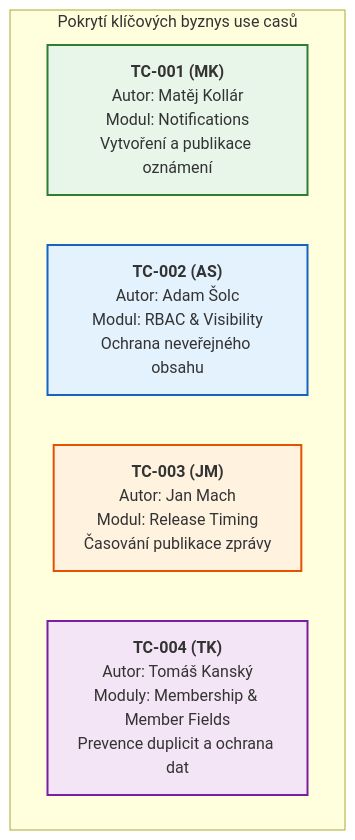
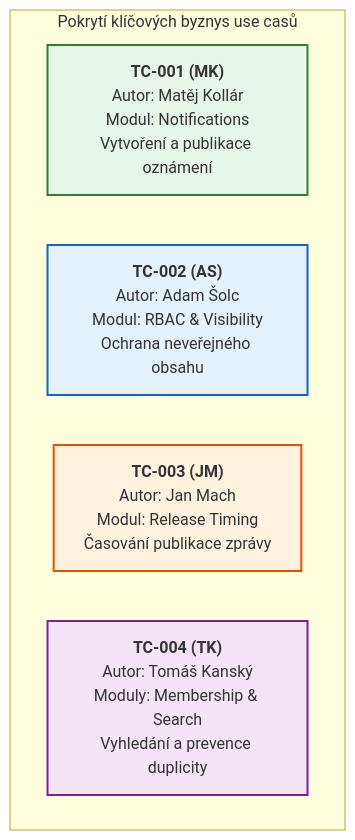
Before and after one commit to tomas-kansky/populon-automated-testing: the diagram in docs/03-test-cases.md, drawn with Mermaid. The commit also changed other lines of this file and 4 other files, not shown here.

````diff
--- a/docs/03-test-cases.md
+++ b/docs/03-test-cases.md
@@ -48,14 +48,14 @@
 ```mermaid
 flowchart TD
     subgraph TC_COVERAGE["Pokrytí klíčových byznys use casů"]
         TC1["<b>TC-001 (MK)</b><br>Autor: Matěj Kollár<br>Modul: Notifications<br>Vytvoření a publikace oznámení"]
         TC2["<b>TC-002 (AS)</b><br>Autor: Adam Šolc<br>Modul: RBAC & Visibility<br>Ochrana neveřejného obsahu"]
         TC3["<b>TC-003 (JM)</b><br>Autor: Jan Mach<br>Modul: Release Timing<br>Časování publikace zprávy"]
-        TC4["<b>TC-004 (TK)</b><br>Autor: Tomáš Kanský<br>Moduly: Membership & Member Fields<br>Prevence duplicit a ochrana dat"]
+        TC4["<b>TC-004 (TK)</b><br>Autor: Tomáš Kanský<br>Moduly: Membership & Search<br>Vyhledání a prevence duplicity"]
     end
 
     style TC1 fill:#e8f5e9,stroke:#2e7d32,stroke-width:2px;
     style TC2 fill:#e3f2fd,stroke:#1565c0,stroke-width:2px;
     style TC3 fill:#fff3e0,stroke:#e65100,stroke-width:2px;
     style TC4 fill:#f3e5f5,stroke:#7b1fa2,stroke-width:2px;
 ```
````
